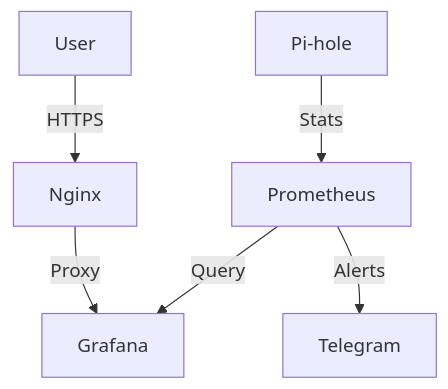
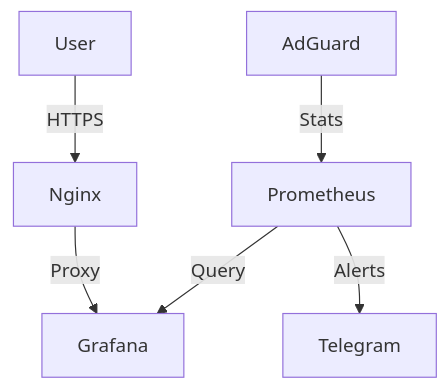
One commit to blyator/Grafana-Dashboards changed the diagram in README.md. Above: the diagram before and after it, drawn with Mermaid. The commit also changed other lines of this file, not shown here.

Commit message:
AdGuard Home and Tailscale migration

````diff
--- a/README.md
+++ b/README.md
@@ -86,6 +85,6 @@
 ```mermaid
 graph TD
     User -- HTTPS --> Nginx -- Proxy --> Grafana
-    Pi-hole -- Stats --> Prometheus -- Query --> Grafana
+    AdGuard -- Stats --> Prometheus -- Query --> Grafana
     Prometheus -- Alerts --> Telegram
 ```
````
